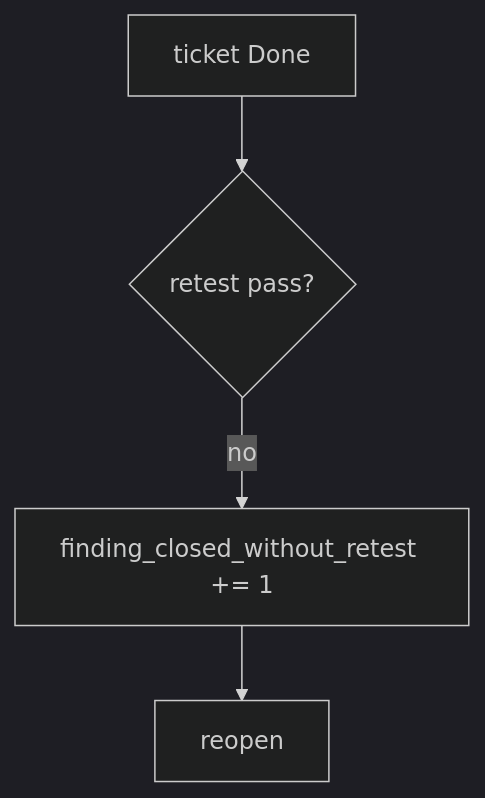
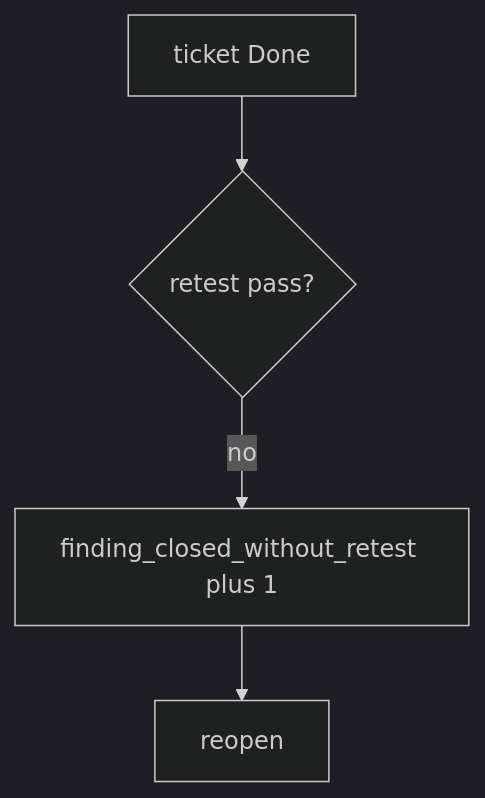
The diagram in content/modules/9/9.5/lessons/06-operate.md (ishitvagoel/LearnSecurity), drawn with Mermaid (dark theme) before and after one commit. The commit also changed other lines of this file and 28 other files, not shown here.

````diff
--- a/content/modules/9/9.5/lessons/06-operate.md
+++ b/content/modules/9/9.5/lessons/06-operate.md
@@ -13,6 +13,6 @@
 ```mermaid
 flowchart TD
   Close[ticket Done] --> R{retest pass?}
-  R -->|no| Metric["finding_closed_without_retest += 1"]
+  R -->|no| Metric["finding_closed_without_retest plus 1"]
   Metric --> Reopen[reopen]
 ```
````
